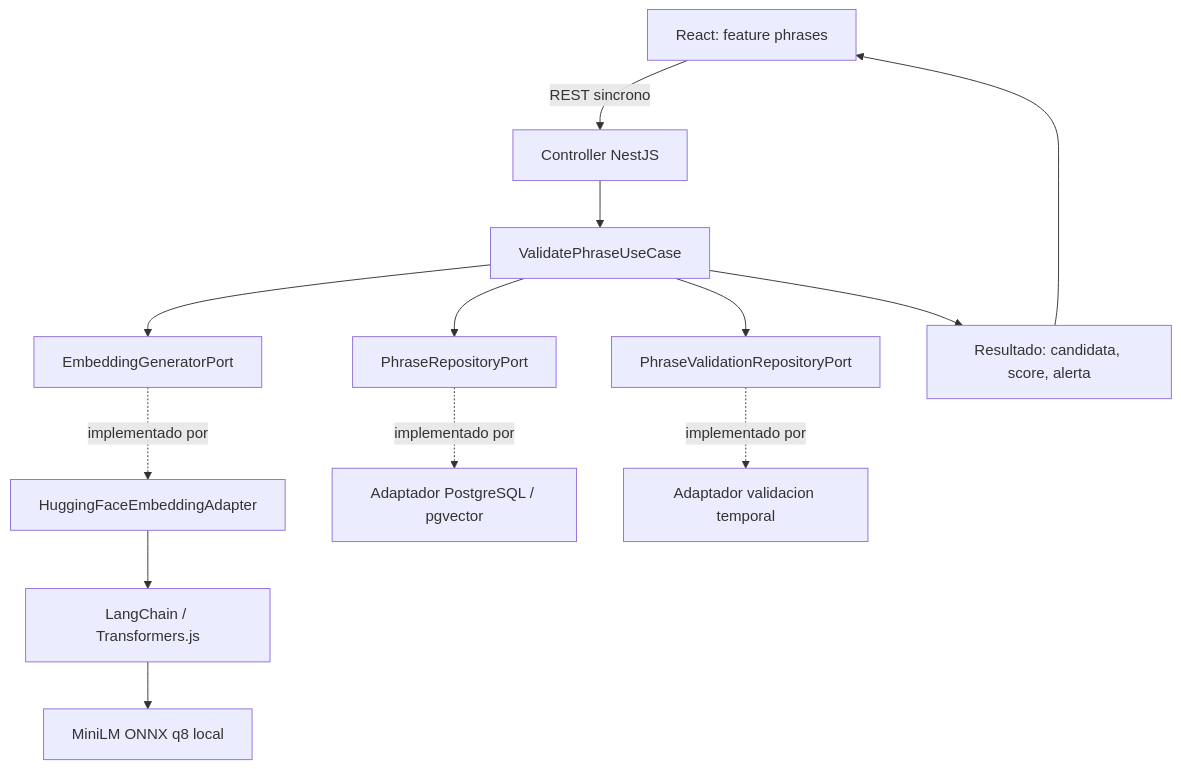
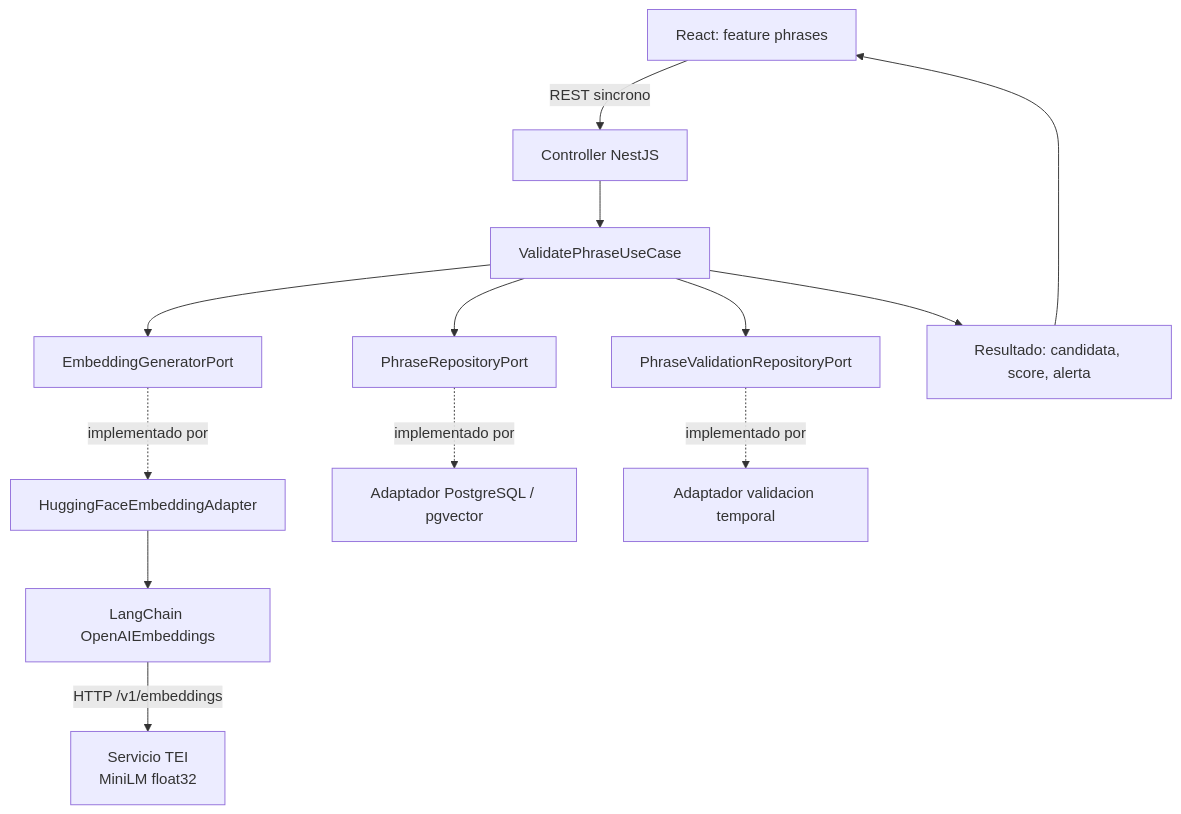
Before and after one commit to eduardoquispe/semantic-phrase-app: the first of 3 diagrams in docs/03-architecture/04-ai-architecture.md, drawn with Mermaid. The commit also changed other lines of this file and 13 other files, not shown here.

````diff
--- a/docs/03-architecture/04-ai-architecture.md
+++ b/docs/03-architecture/04-ai-architecture.md
@@ -223,15 +223,15 @@
 ```mermaid
 flowchart TB
     FE[React: feature phrases] -->|REST sincrono| HTTP[Controller NestJS]
     HTTP --> UC[ValidatePhraseUseCase]
     UC --> EP[EmbeddingGeneratorPort]
     UC --> RP[PhraseRepositoryPort]
     UC --> VP[PhraseValidationRepositoryPort]
     EP -. implementado por .-> HFA[HuggingFaceEmbeddingAdapter]
-    HFA --> LC[LangChain / Transformers.js]
-    LC --> ML[MiniLM ONNX q8 local]
+    HFA --> LC[LangChain OpenAIEmbeddings]
+    LC -->|HTTP /v1/embeddings| ML[Servicio TEI\nMiniLM float32]
     RP -. implementado por .-> PG[Adaptador PostgreSQL / pgvector]
     VP -. implementado por .-> VPG[Adaptador validacion temporal]
     UC --> RESP[Resultado: candidata, score, alerta]
     RESP --> FE
 ```
````
